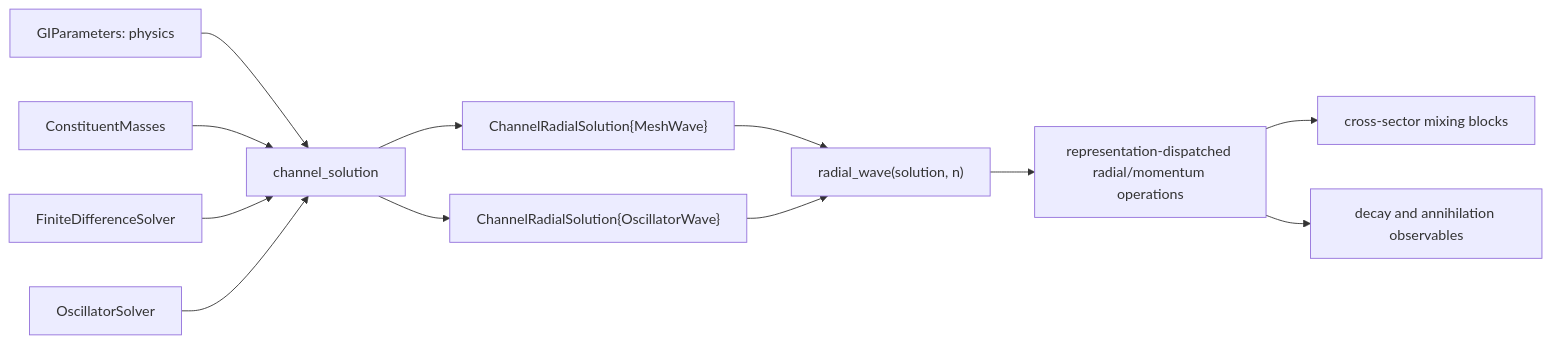
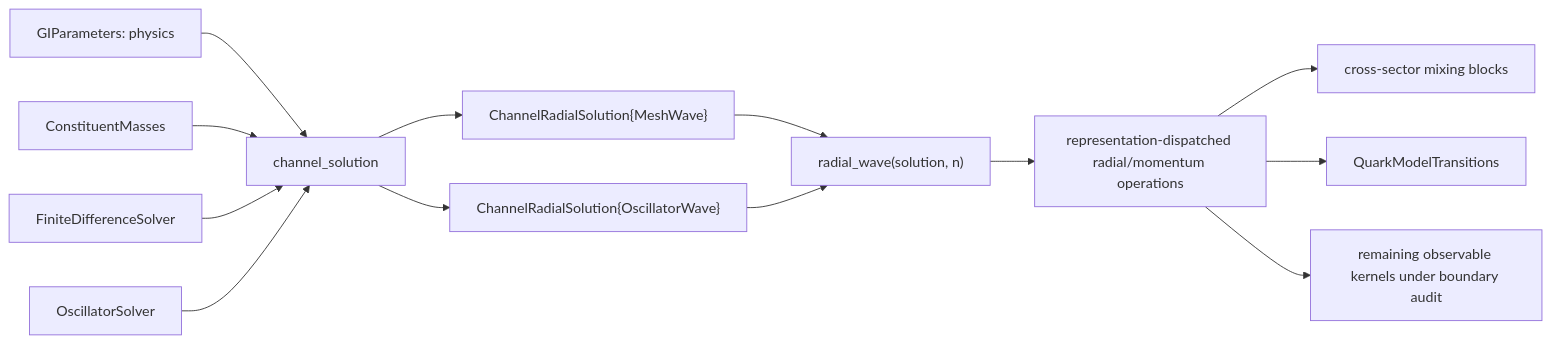
Before and after one commit to mmikhasenko/GIModel.jl: the first of 2 diagrams in docs/code_architecture.md, drawn with Mermaid. The commit also changed other lines of this file and 29 other files, not shown here.

Commit message:
Extract quark model transition package

````diff
--- a/docs/code_architecture.md
+++ b/docs/code_architecture.md
@@ -38,14 +39,15 @@
 ```mermaid
 flowchart LR
   P["GIParameters: physics"] --> CS["channel_solution"]
   M["ConstituentMasses"] --> CS
   FD["FiniteDifferenceSolver"] --> CS
   HO["OscillatorSolver"] --> CS
   CS --> FDS["ChannelRadialSolution{MeshWave}"]
   CS --> HOS["ChannelRadialSolution{OscillatorWave}"]
   FDS --> R["radial_wave(solution, n)"]
   HOS --> R
   R --> OPS["representation-dispatched radial/momentum operations"]
   OPS --> MIX["cross-sector mixing blocks"]
-  OPS --> DECAY["decay and annihilation observables"]
+  OPS --> TRANSITIONS["QuarkModelTransitions"]
+  OPS --> OBS["remaining observable kernels under boundary audit"]
 ```
````
